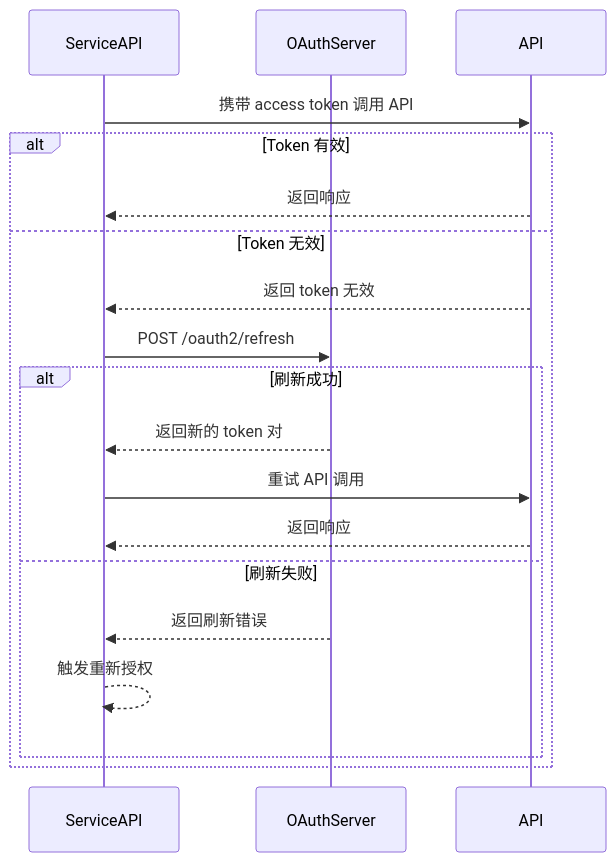
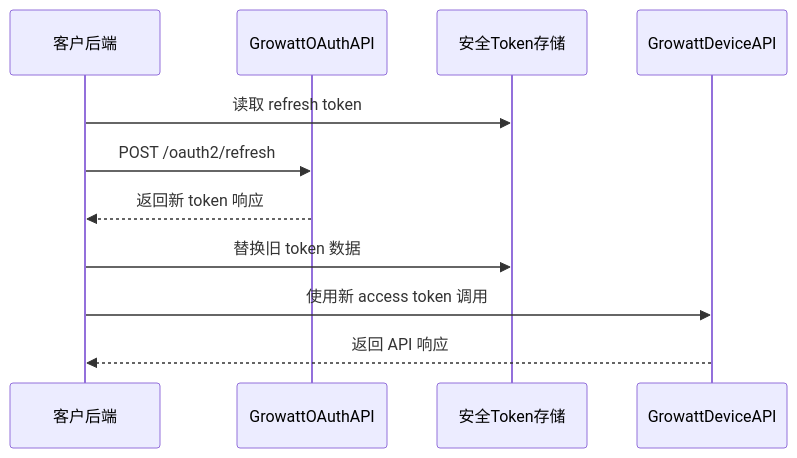
The second of 2 diagrams in Growatt API/OPENAPI.zh-CN/03_api_refresh.md (EugeneJian/growatt-unified-api), drawn with Mermaid before and after one commit. The commit also changed other lines of this file and 46 other files, not shown here.

````diff
--- a/Growatt API/OPENAPI.zh-CN/03_api_refresh.md
+++ b/Growatt API/OPENAPI.zh-CN/03_api_refresh.md
@@ -34,23 +28,14 @@
 ```mermaid
-%% 本代码严格遵循AI生成Mermaid代码的终极准则v4.1（Mermaid终极大师）
 sequenceDiagram
-    participant Service as ServiceAPI
-    participant OAuth as OAuthServer
-    participant API as API
+    participant Backend as 客户后端
+    participant OAuth as GrowattOAuthAPI
+    participant Store as 安全Token存储
+    participant API as GrowattDeviceAPI
 
-    Service->>API: 携带 access token 调用 API
-    alt Token 有效
-        API-->>Service: 返回响应
-    else Token 无效
-        API-->>Service: 返回 token 无效
-        Service->>OAuth: POST /oauth2/refresh
-        alt 刷新成功
-            OAuth-->>Service: 返回新的 token 对
-            Service->>API: 重试 API 调用
-            API-->>Service: 返回响应
-        else 刷新失败
-            OAuth-->>Service: 返回刷新错误
-            Service-->>Service: 触发重新授权
-        end
-    end
+    Backend->>Store: 读取 refresh token
+    Backend->>OAuth: POST /oauth2/refresh
+    OAuth-->>Backend: 返回新 token 响应
+    Backend->>Store: 替换旧 token 数据
+    Backend->>API: 使用新 access token 调用
+    API-->>Backend: 返回 API 响应
 ```
````
